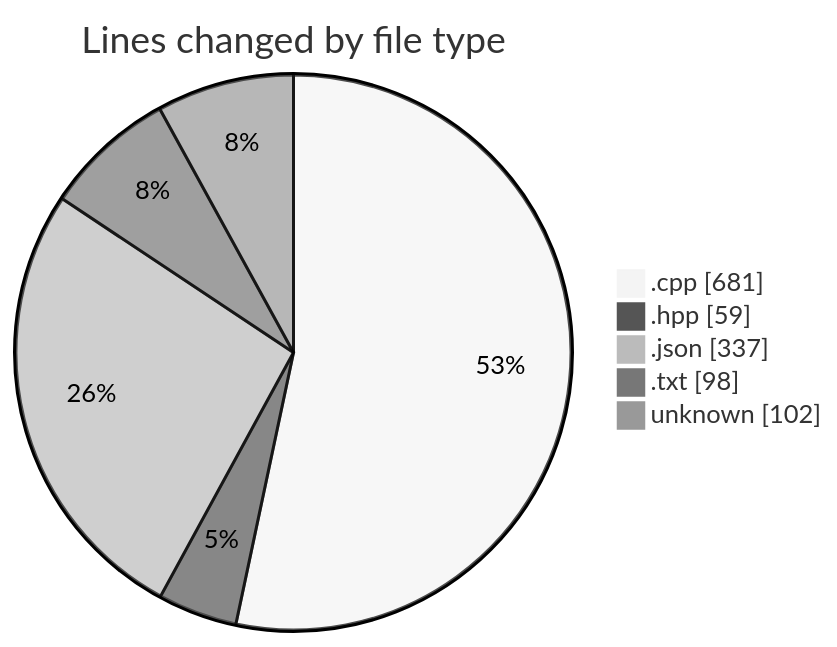
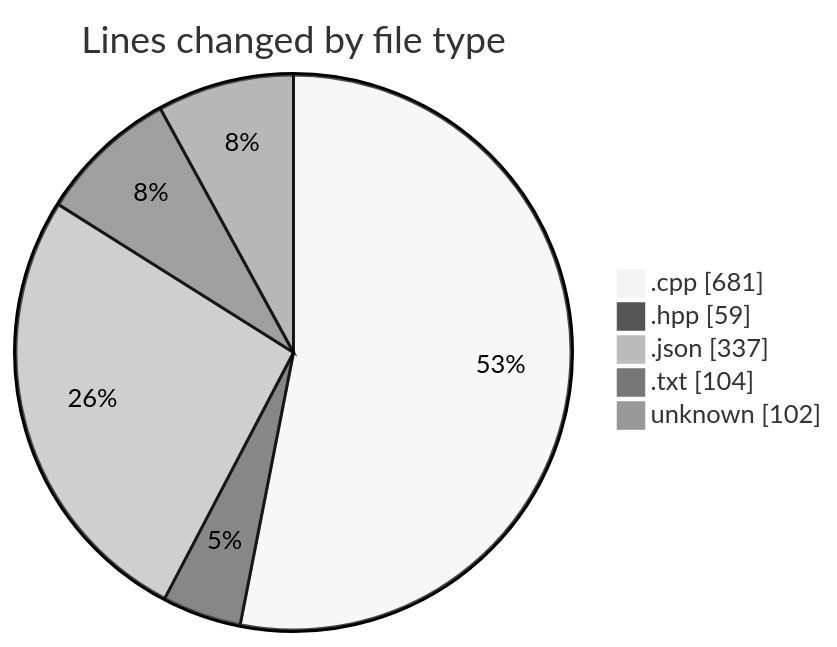
Before and after one commit to Netris89/code-tracking: the first of 2 diagrams in 2025-04-06/echo/README.md, drawn with Mermaid (neutral theme). The commit also changed other lines of this file and 1 other file, not shown here.

````diff
--- a/2025-04-06/echo/README.md
+++ b/2025-04-06/echo/README.md
@@ -27,9 +27,9 @@
 ```mermaid
 pie showData
 title Lines changed by file type
 ".cpp" : 681
 ".hpp" : 59
 ".json" : 337
-".txt" : 98
+".txt" : 104
 "unknown" : 102
 ```
````
